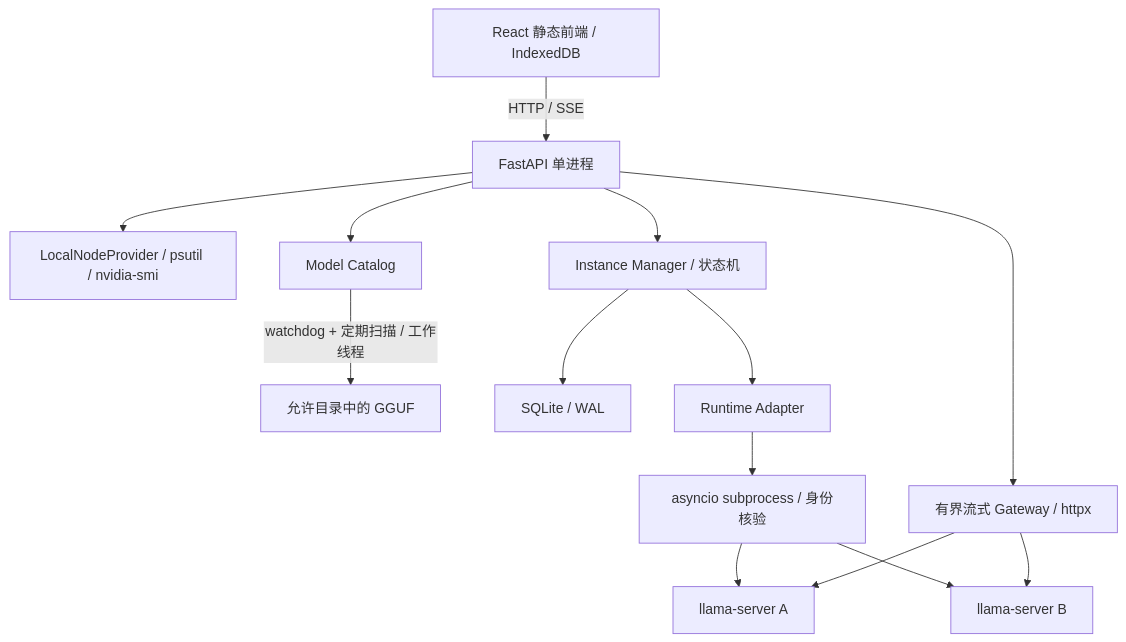
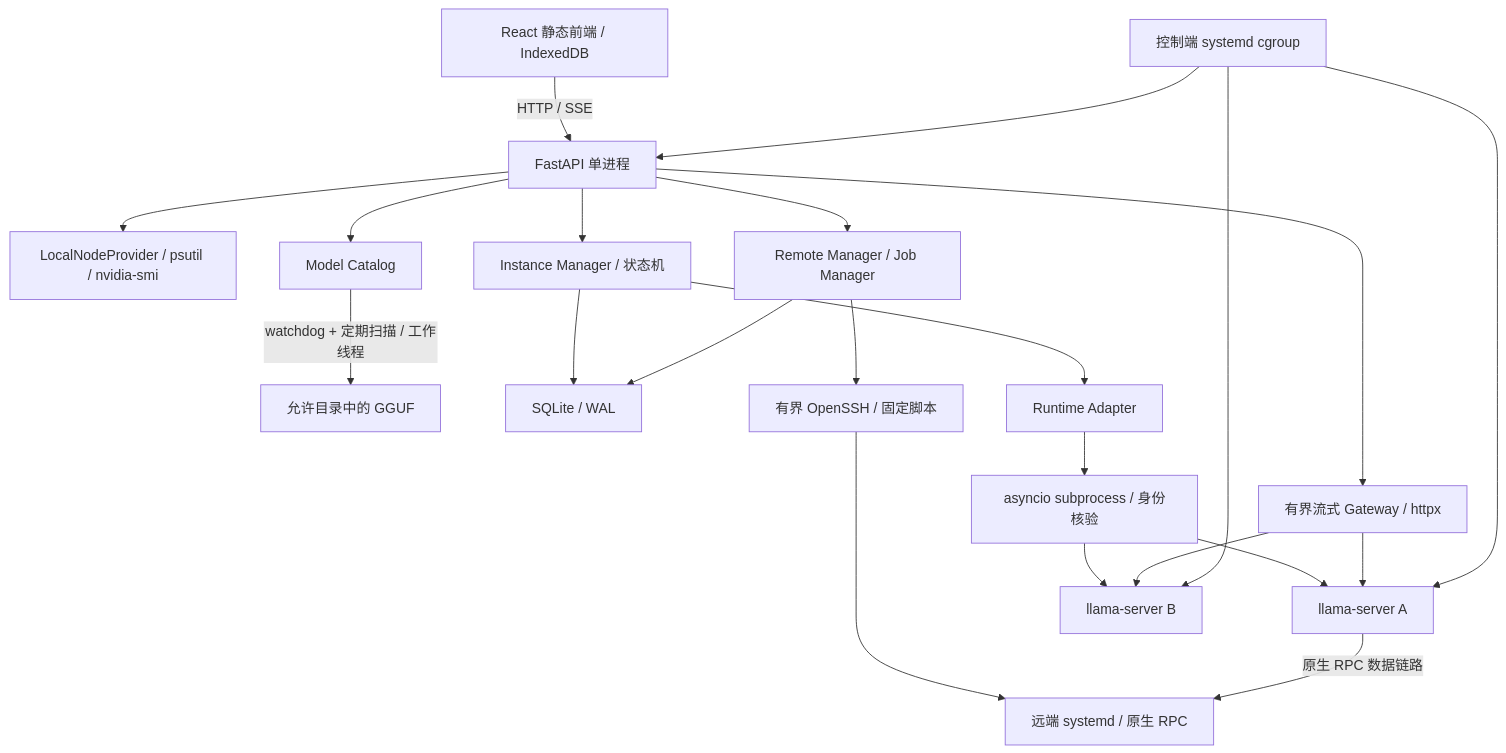
The diagram in docs/architecture.md (zEeZ-1/LLAMA-MANAGER), drawn with Mermaid before and after one commit. The commit also changed other lines of this file and 75 other files, not shown here.

Commit message:
feat: implement V2 SSH-managed RPC nodes and lifecycle

````diff
--- a/docs/architecture.md
+++ b/docs/architecture.md
@@ -3,16 +3,24 @@
 ```mermaid
 flowchart TB
     Browser[React 静态前端 / IndexedDB] -->|HTTP / SSE| API[FastAPI 单进程]
     API --> Node[LocalNodeProvider / psutil / nvidia-smi]
     API --> Catalog[Model Catalog]
     API --> Manager[Instance Manager / 状态机]
     API --> Gateway[有界流式 Gateway / httpx]
     Catalog -->|watchdog + 定期扫描 / 工作线程| GGUF[允许目录中的 GGUF]
     Manager --> SQLite[SQLite / WAL]
     Manager --> Adapter[Runtime Adapter]
     Adapter --> Supervisor[asyncio subprocess / 身份核验]
     Supervisor --> RuntimeA[llama-server A]
     Supervisor --> RuntimeB[llama-server B]
     Gateway --> RuntimeA
     Gateway --> RuntimeB
+    API --> Remote[Remote Manager / Job Manager]
+    Remote --> SQLite
+    Remote --> SSH[有界 OpenSSH / 固定脚本]
+    SSH --> RPC[远端 systemd / 原生 RPC]
+    RuntimeA -->|原生 RPC 数据链路| RPC
+    Systemd[控制端 systemd cgroup] --> API
+    Systemd --> RuntimeA
+    Systemd --> RuntimeB
 ```
````
